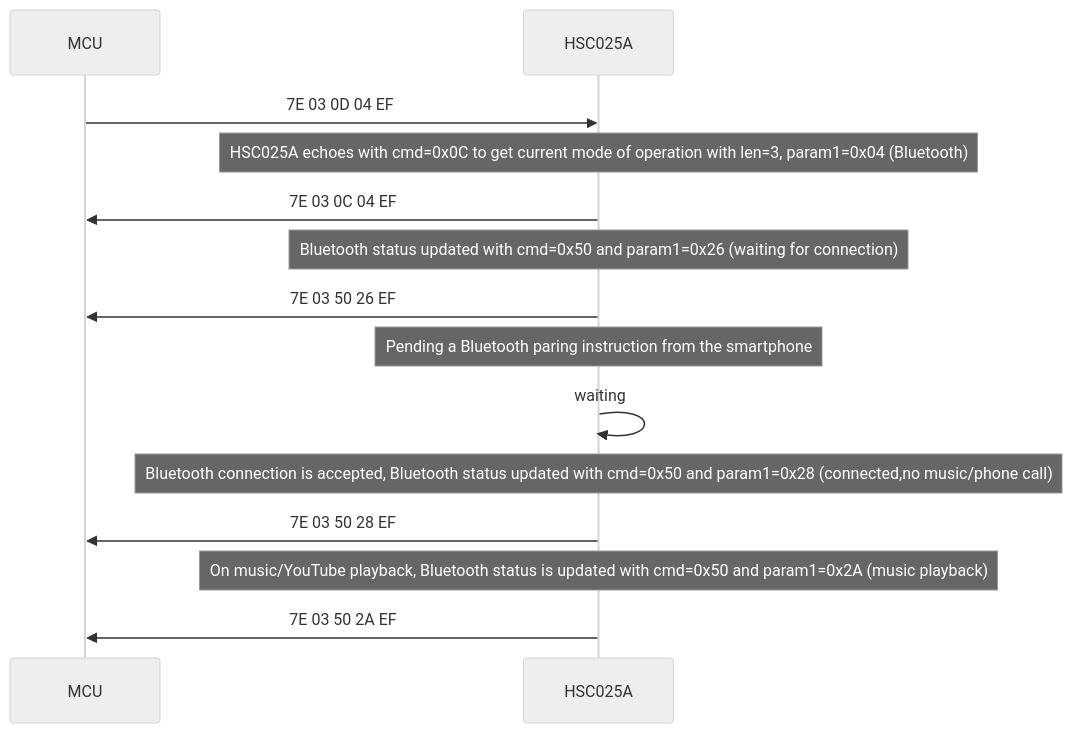
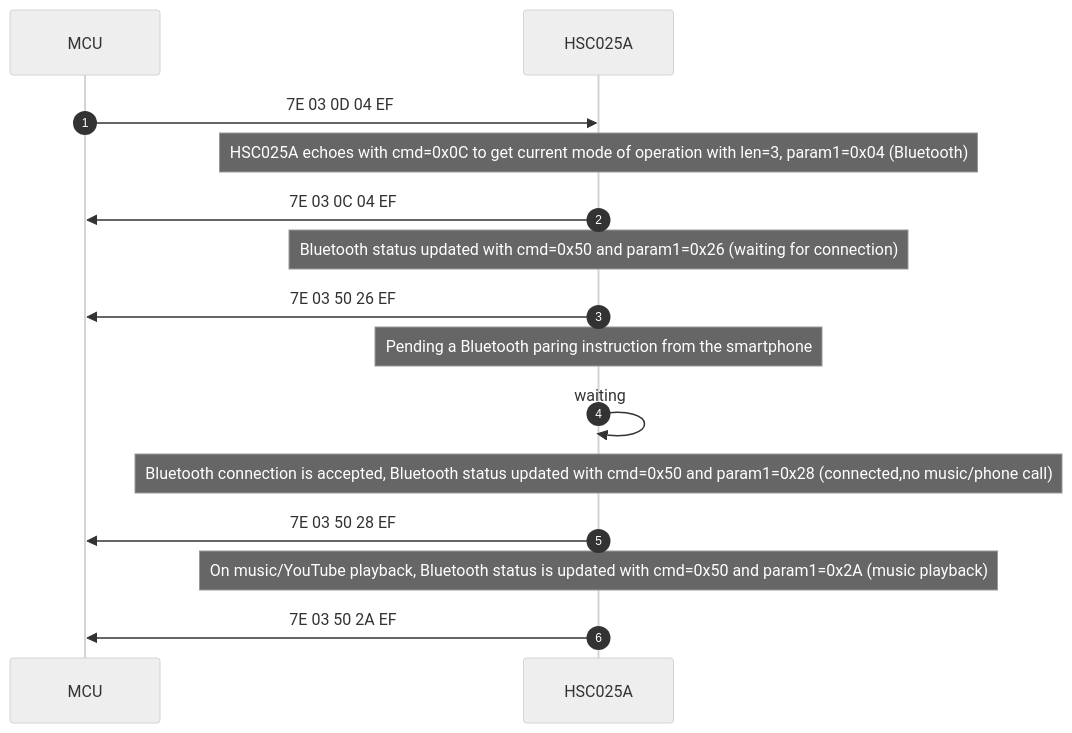
One commit to techtoys/HSC025A-an-one-dollar-Bluetooth-SoC changed the first of 2 diagrams in README.md. Above: the diagram before and after it, drawn with Mermaid (neutral theme).

````diff
--- a/README.md
+++ b/README.md
@@ -147,16 +147,17 @@
 ```mermaid
 sequenceDiagram
-	participant MCU
-	participant HSC025A
-	MCU->>HSC025A: 7E 03 0D 04 EF
-	Note over HSC025A: HSC025A echoes with cmd=0x0C to get current mode of operation with len=3, param1=0x04 (Bluetooth)
-    HSC025A->>MCU: 7E 03 0C 04 EF
+autonumber
+participant MCU
+participant HSC025A
+MCU->>HSC025A: 7E 03 0D 04 EF
+Note over HSC025A: HSC025A echoes with cmd=0x0C to get current mode of operation with len=3, param1=0x04 (Bluetooth)
+   HSC025A->>MCU: 7E 03 0C 04 EF
     Note over HSC025A: Bluetooth status updated with cmd=0x50 and param1=0x26 (waiting for connection)
     HSC025A->>MCU: 7E 03 50 26 EF
     Note over HSC025A: Pending a Bluetooth paring instruction from the smartphone
     HSC025A->>HSC025A: waiting
     Note over HSC025A: Bluetooth connection is accepted, Bluetooth status updated with cmd=0x50 and param1=0x28 (connected,no music/phone call)
     HSC025A->>MCU: 7E 03 50 28 EF
     Note over HSC025A: On music/YouTube playback, Bluetooth status is updated with cmd=0x50 and param1=0x2A (music playback)
     HSC025A->>MCU: 7E 03 50 2A EF
 ```
````
